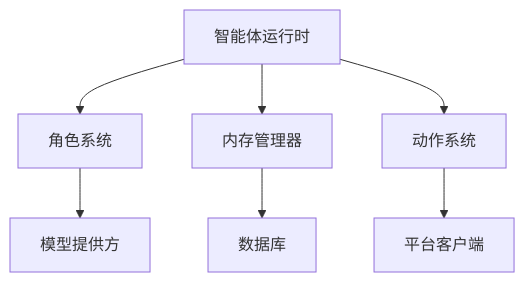
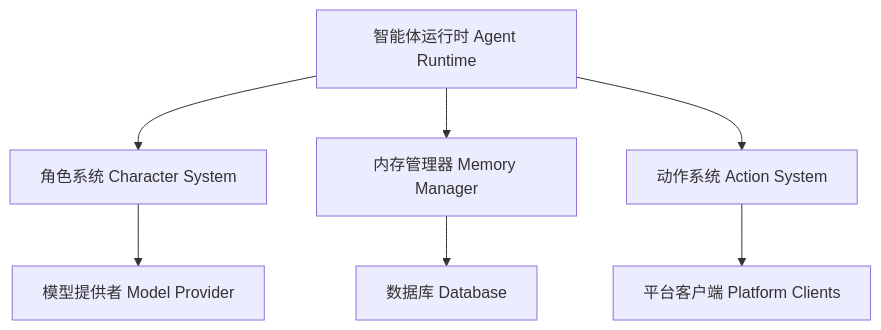
Before and after one commit to aiweb3academy/aiweb3academy: the diagram in pages/zh/eliza/intro.md, drawn with Mermaid. The commit also changed other lines of this file and 233 other files, not shown here.

````diff
--- a/pages/zh/eliza/intro.md
+++ b/pages/zh/eliza/intro.md
@@ -84,9 +84,9 @@
 ```mermaid
 graph TD
-    A[智能体运行时] --> B[角色系统]
-    A --> C[内存管理器]
-    A --> D[动作系统]
-    B --> E[模型提供方]
-    C --> F[数据库]
-    D --> G[平台客户端]
+    A[智能体运行时 Agent Runtime] --> B[角色系统 Character System]
+    A --> C[内存管理器 Memory Manager]
+    A --> D[动作系统 Action System]
+    B --> E[模型提供者 Model Provider]
+    C --> F[数据库 Database]
+    D --> G[平台客户端 Platform Clients]
 ```
````
